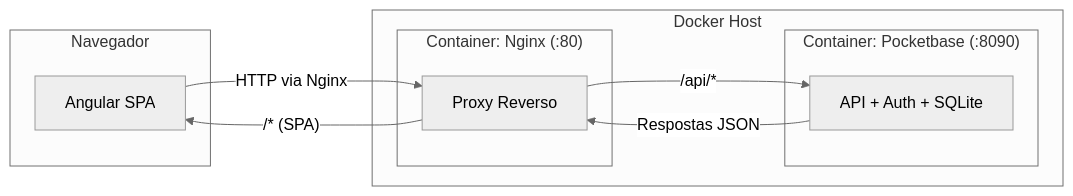
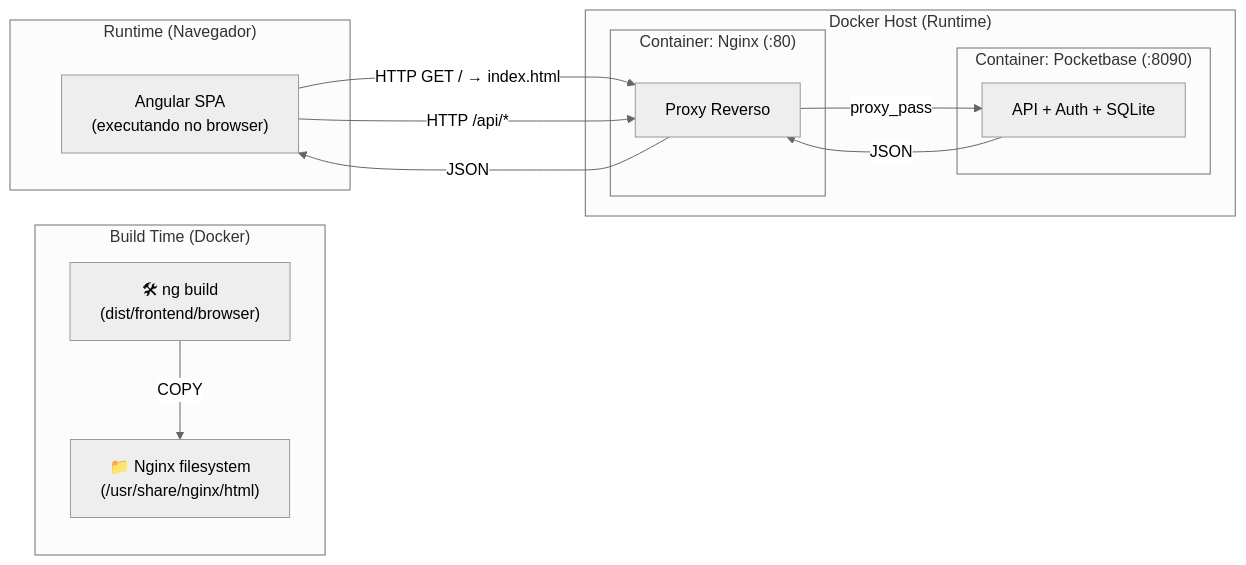
One commit to SamuelPatrickMeneses/com-quem-seraa changed the first of 4 diagrams in docs/prd.md. Above: the diagram before and after it, drawn with Mermaid (neutral theme). The commit also changed other lines of this file and 16 other files, not shown here.

````diff
--- a/docs/prd.md
+++ b/docs/prd.md
@@ -116,22 +116,28 @@
 ```mermaid
 flowchart LR
-    subgraph Navegador
-        A[Angular SPA]
+    subgraph "Build Time (Docker)"
+        NGINX_FS["📁 Nginx filesystem<br>(/usr/share/nginx/html)"]
+        BUILD["🛠 ng build<br>(dist/frontend/browser)"]
+        BUILD -->|"COPY"| NGINX_FS
     end
     
-    subgraph Docker Host
+    subgraph "Runtime (Navegador)"
+        A["Angular SPA<br>(executando no browser)"]
+    end
+    
+    subgraph "Docker Host (Runtime)"
         subgraph "Container: Nginx (:80)"
             N[Proxy Reverso]
         end
         
         subgraph "Container: Pocketbase (:8090)"
             P[API + Auth + SQLite]
         end
-        
-        N -->|"/api/*"| P
-        N -->|"/* (SPA)"| A
     end
     
-    A -->|"HTTP via Nginx"| N
-    P -->|"Respostas JSON"| N
+    A -->|"HTTP GET / → index.html"| N
+    A -->|"HTTP /api/*"| N
+    N -->|"proxy_pass"| P
+    P -->|"JSON"| N
+    N -->|"JSON"| A
 ```
````
